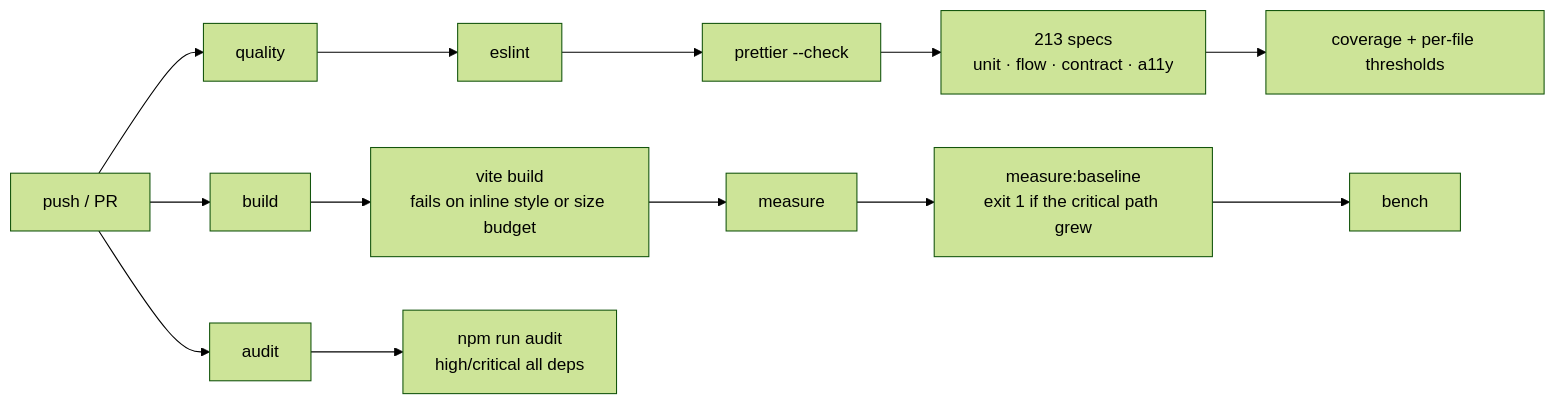
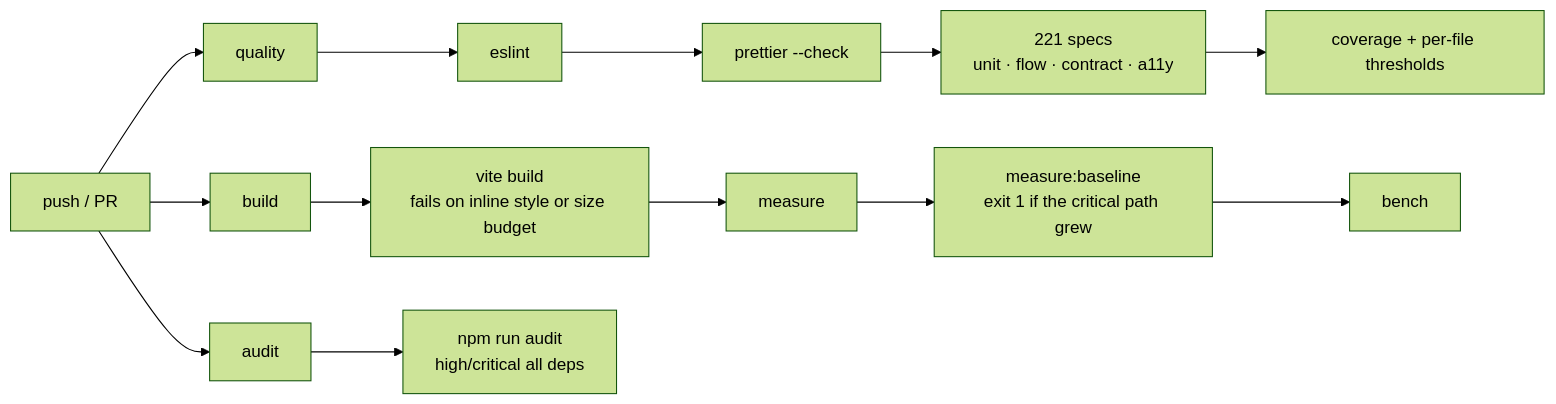
One commit to YASLOGIST/urlf-up changed diagram 11 of 11 in README.md. Above: the diagram before and after it, drawn with Mermaid (forest theme). The commit also changed other lines of this file and 14 other files, not shown here.

Commit message:
Upgrade schema-aligned Nexus matching

````diff
--- a/README.md
+++ b/README.md
@@ -773,9 +772,9 @@
 ```mermaid
 graph LR
   P["push / PR"] --> Q["quality"]
   P --> B["build"]
   P --> D["audit"]
-  Q --> Q1["eslint"] --> Q2["prettier --check"] --> Q3["213 specs<br/>unit · flow · contract · a11y"] --> Q4["coverage + per-file thresholds"]
+  Q --> Q1["eslint"] --> Q2["prettier --check"] --> Q3["221 specs<br/>unit · flow · contract · a11y"] --> Q4["coverage + per-file thresholds"]
   B --> B1["vite build<br/>fails on inline style or size budget"] --> B2["measure"] --> B3["measure:baseline<br/>exit 1 if the critical path grew"] --> B4["bench"]
   D --> D1["npm run audit<br/>high/critical all deps"]
 ```
````
